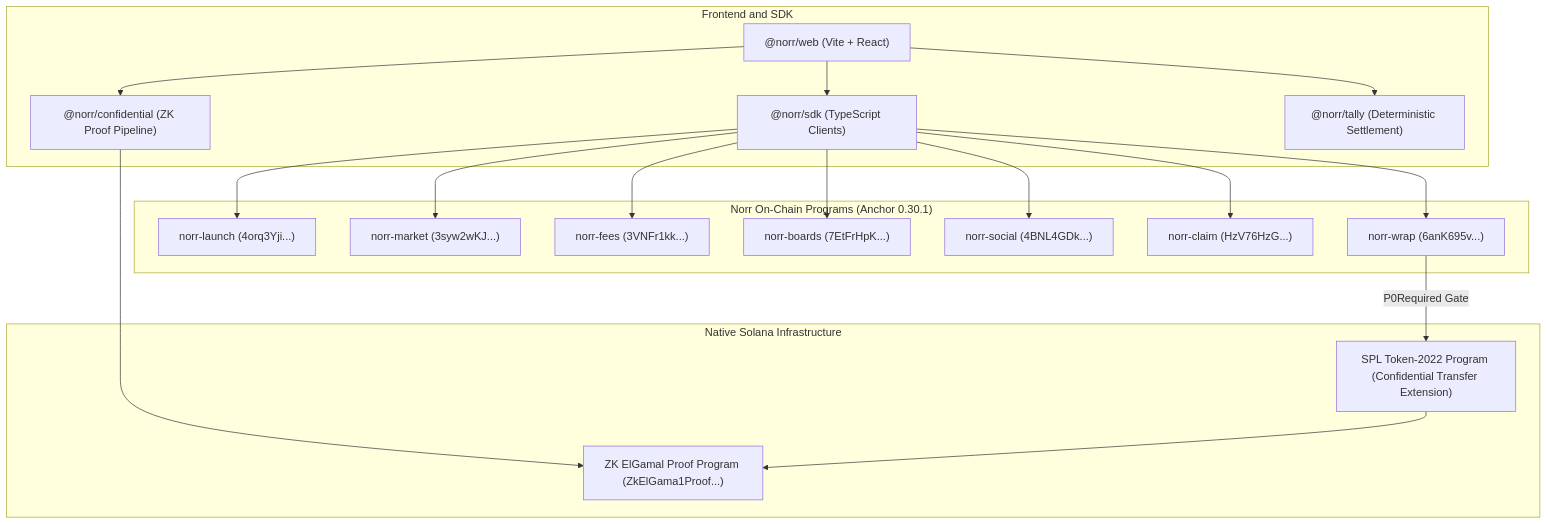
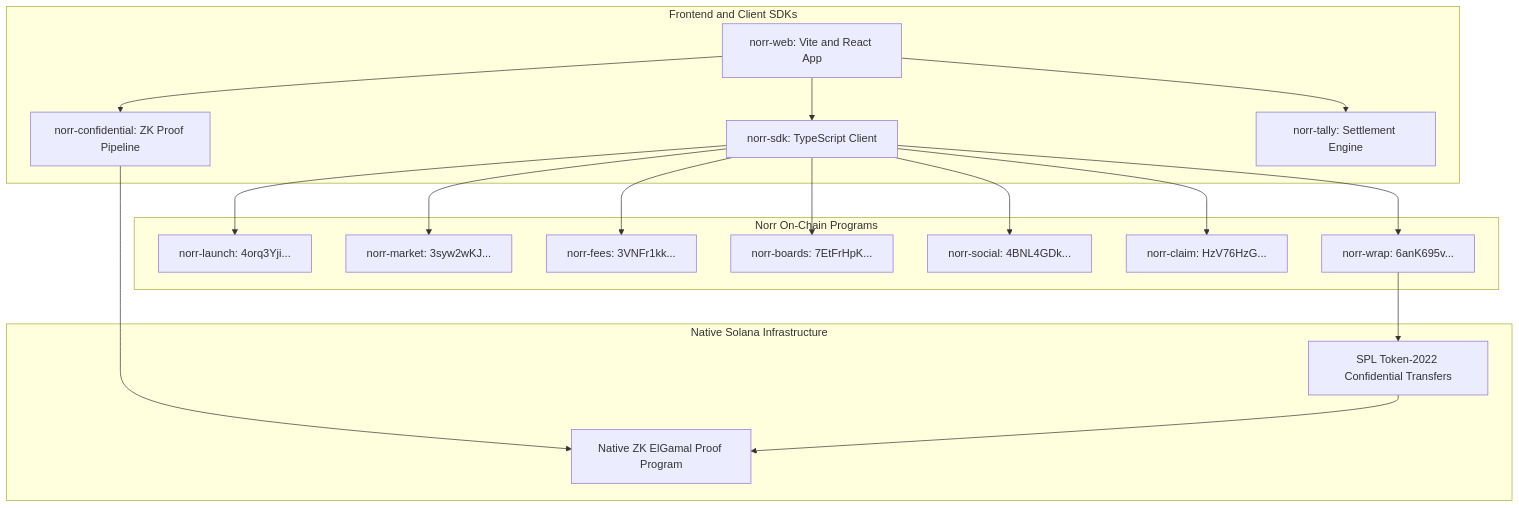
One commit to ShrikarT/norr changed the second of 2 diagrams in README.md. Above: the diagram before and after it, drawn with Mermaid. The commit also changed other lines of this file and 1 other file, not shown here.

Commit message:
fix(docs): standardize Mermaid diagrams to standard graph syntax for instant GitHub rendering

````diff
--- a/README.md
+++ b/README.md
@@ -65,40 +65,40 @@
 ```mermaid
-flowchart TB
-    subgraph CLIENT["Frontend and SDK"]
-        WEB["@norr/web (Vite + React)"]
-        SDK["@norr/sdk (TypeScript Clients)"]
-        CONF["@norr/confidential (ZK Proof Pipeline)"]
-        TALLY["@norr/tally (Deterministic Settlement)"]
+graph TB
+    subgraph Client [Frontend and Client SDKs]
+        WEB[norr-web: Vite and React App]
+        SDK[norr-sdk: TypeScript Client]
+        CONF[norr-confidential: ZK Proof Pipeline]
+        TALLY[norr-tally: Settlement Engine]
     end
 
-    subgraph ONCHAIN["Norr On-Chain Programs (Anchor 0.30.1)"]
-        LAUNCH["norr-launch (4orq3Yji...)"]
-        MARKET["norr-market (3syw2wKJ...)"]
-        FEES["norr-fees (3VNFr1kk...)"]
-        BOARDS["norr-boards (7EtFrHpK...)"]
-        SOCIAL["norr-social (4BNL4GDk...)"]
-        CLAIM["norr-claim (HzV76HzG...)"]
-        WRAP["norr-wrap (6anK695v...)"]
+    subgraph OnChain [Norr On-Chain Programs]
+        LAUNCH[norr-launch: 4orq3Yji...]
+        MARKET[norr-market: 3syw2wKJ...]
+        FEES[norr-fees: 3VNFr1kk...]
+        BOARDS[norr-boards: 7EtFrHpK...]
+        SOCIAL[norr-social: 4BNL4GDk...]
+        CLAIM[norr-claim: HzV76HzG...]
+        WRAP[norr-wrap: 6anK695v...]
     end
 
-    subgraph SOLANA["Native Solana Infrastructure"]
-        T22["SPL Token-2022 Program (Confidential Transfer Extension)"]
-        ZK["ZK ElGamal Proof Program (ZkElGama1Proof...)"]
+    subgraph Solana [Native Solana Infrastructure]
+        T22[SPL Token-2022 Confidential Transfers]
+        ZK[Native ZK ElGamal Proof Program]
     end
 
     WEB --> SDK
     WEB --> CONF
     WEB --> TALLY
 
     SDK --> LAUNCH
     SDK --> MARKET
     SDK --> FEES
     SDK --> BOARDS
     SDK --> SOCIAL
     SDK --> CLAIM
     SDK --> WRAP
 
     CONF --> ZK
-    WRAP -->|"P0Required Gate"| T22
+    WRAP --> T22
     T22 --> ZK
 ```
````
